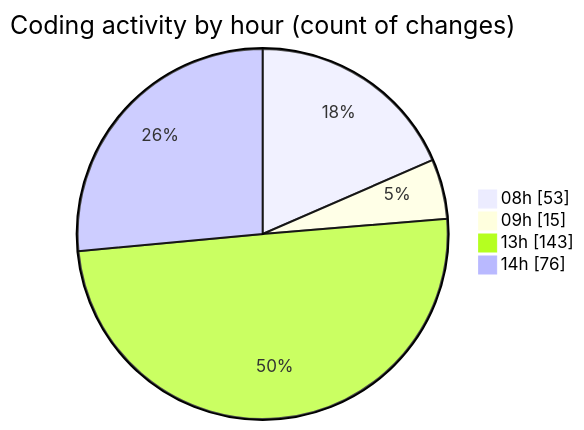
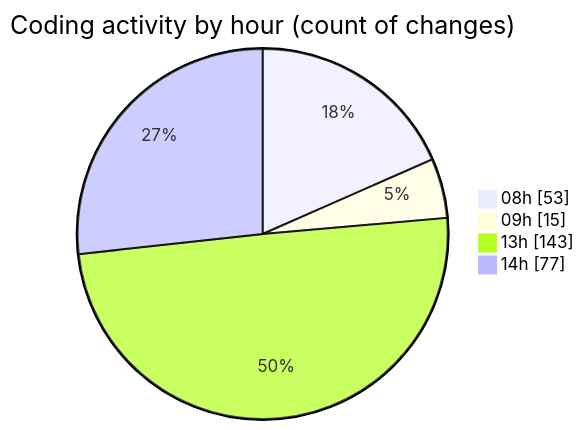
One commit to momahboobian/code-tracking changed the second of 2 diagrams in 2026-05-01/cda/README.md. Above: the diagram before and after it, drawn with Mermaid. The commit also changed other lines of this file and 1 other file, not shown here.

````diff
--- a/2026-05-01/cda/README.md
+++ b/2026-05-01/cda/README.md
@@ -75,8 +75,8 @@
 ```mermaid
 pie showData
 title Coding activity by hour (count of changes)
 "08h" : 53
 "09h" : 15
 "13h" : 143
-"14h" : 76
+"14h" : 77
 ```
````
